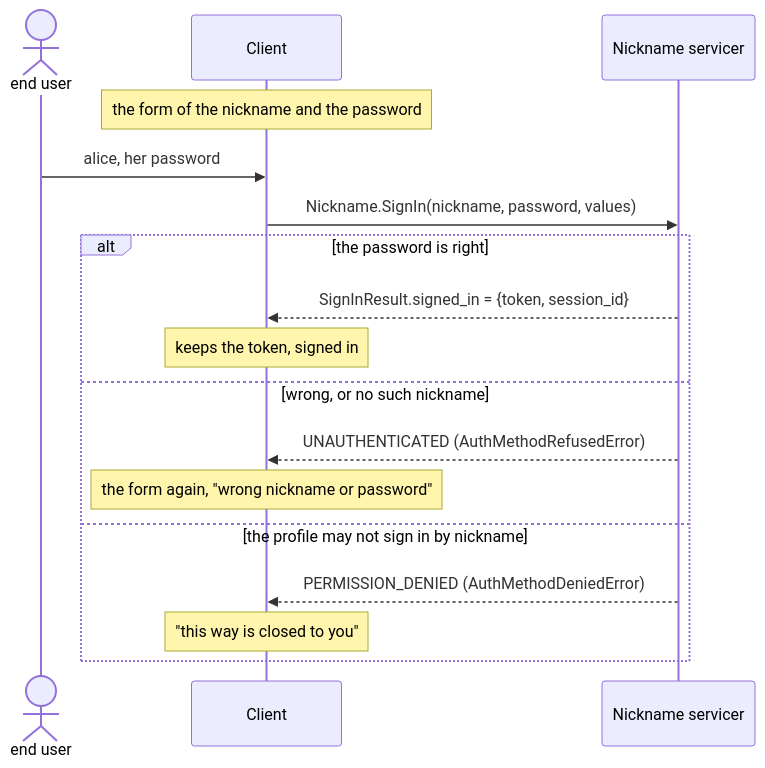
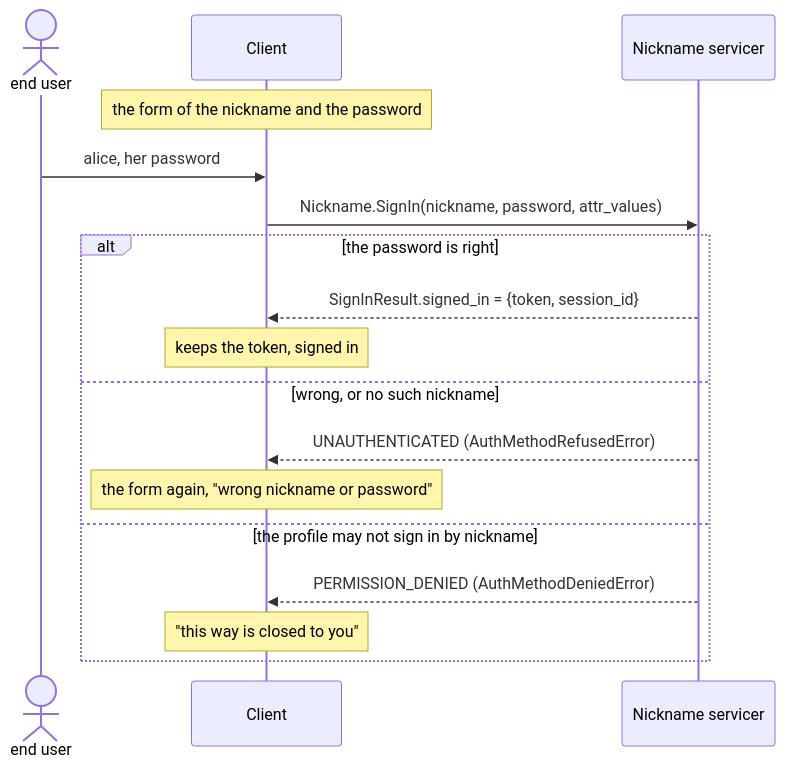
The diagram in docs/design/auth/methods/nickname.md (ak-ingots/ingots-libs), drawn with Mermaid before and after one commit. The commit also changed other lines of this file and 8 other files, not shown here.

````diff
--- a/docs/design/auth/methods/nickname.md
+++ b/docs/design/auth/methods/nickname.md
@@ -32,19 +32,19 @@
 ```mermaid
 sequenceDiagram
     actor User as end user
     participant Client
     participant Server as Nickname servicer
     Note over Client: the form of the nickname and the password
     User->>Client: alice, her password
-    Client->>Server: Nickname.SignIn(nickname, password, values)
+    Client->>Server: Nickname.SignIn(nickname, password, attr_values)
     alt the password is right
         Server-->>Client: SignInResult.signed_in = {token, session_id}
         Note over Client: keeps the token, signed in
     else wrong, or no such nickname
         Server-->>Client: UNAUTHENTICATED (AuthMethodRefusedError)
         Note over Client: the form again, "wrong nickname or password"
     else the profile may not sign in by nickname
         Server-->>Client: PERMISSION_DENIED (AuthMethodDeniedError)
         Note over Client: "this way is closed to you"
     end
 ```
````
